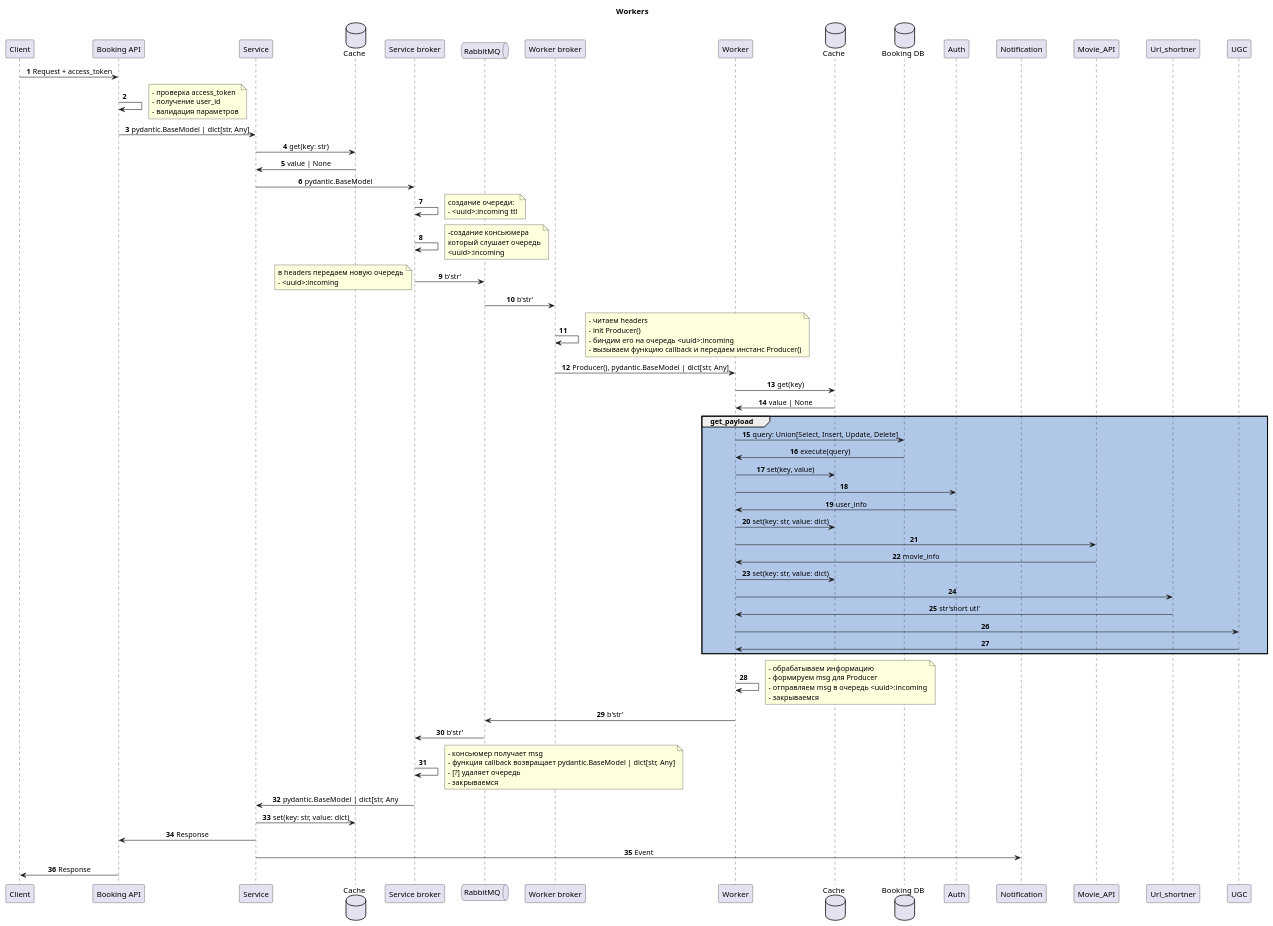
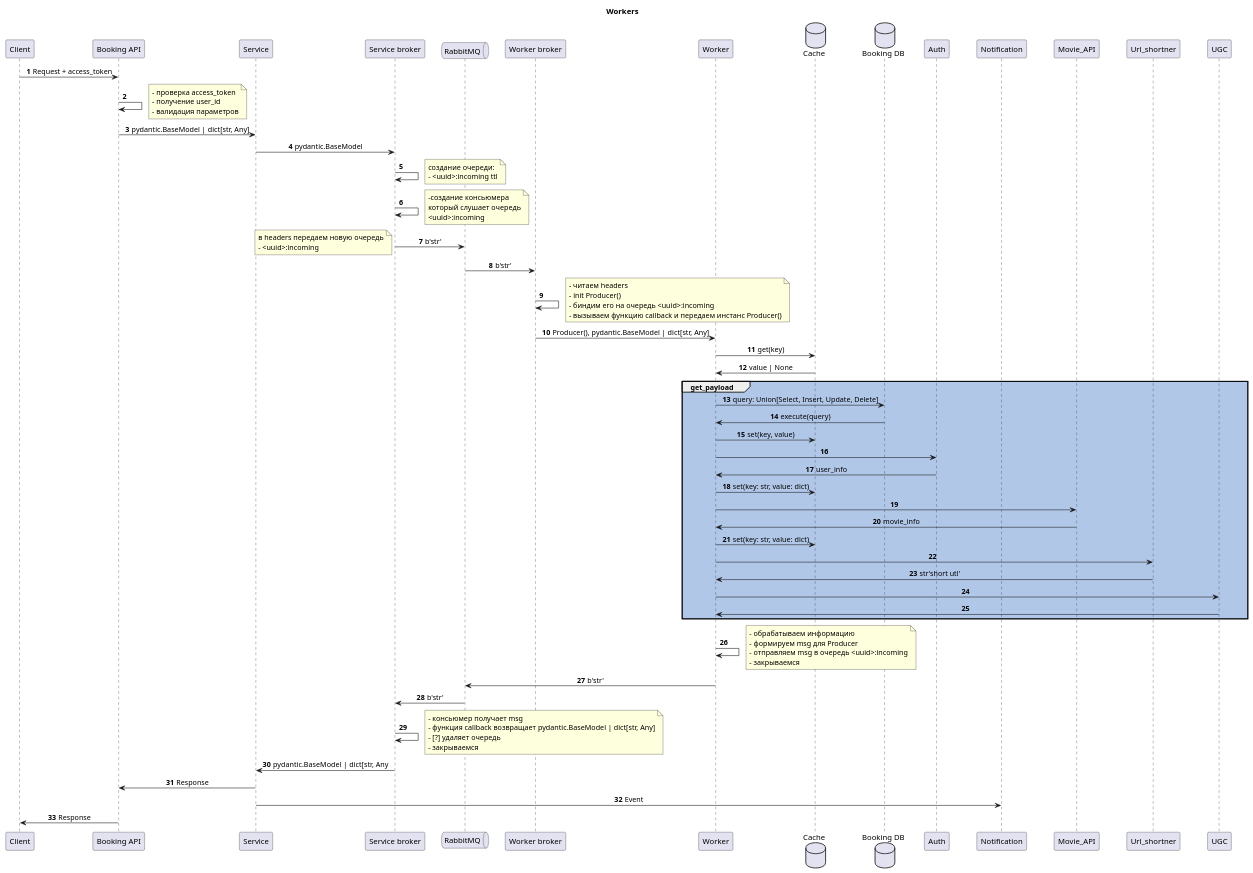
One commit to GA10v/booking_service changed the diagram in docs/scheme/to_be/1_workers_Notific_likes.puml. Above: the diagram before and after it, drawn with PlantUML. The commit also changed 2 other files, not shown here.

```diff
--- a/docs/scheme/to_be/1_workers_Notific_likes.puml
+++ b/docs/scheme/to_be/1_workers_Notific_likes.puml
@@ -1,106 +1,102 @@
 @startuml workers
 ' !theme materia
 autonumber
 skinparam sequence {
 	ParticipantPadding 20
 	MessageAlign center
 }
 
 title Workers
 
 participant Client as Client
 participant "Booking API" as API
 participant "Service" as Service
-database "Cache" as Cache_Service
 participant "Service broker" as Broker_Service
 participant "Service broker" as Broker_Service
 queue RabbitMQ
 participant "Worker broker" as Broker_Worker
 participant "Worker" as Worker
 database "Booking DB" as DB_Booking
 database "Cache" as Cache_Worker
 participant DB_Booking
 participant Auth
 participant Notification
 participant Movie_API
 participant Url_shortner
 participant UGC
 
 Client -> API: Request + access_token
 API -> API:
 note right
     - проверка access_token
     - получение user_id
     - валидация параметров
 end note
 API -> Service: pydantic.BaseModel | dict[str, Any]
-Service -> Cache_Service: get(key: str)
-Service <- Cache_Service: value | None
 Service -> Broker_Service: pydantic.BaseModel
 Broker_Service -> Broker_Service:
 note right
     создание очереди:
     - <uuid>:incoming ttl
 end note
 Broker_Service -> Broker_Service:
 note right
     -создание консьюмера
     который слушает очередь
     <uuid>:incoming
 end note
 Broker_Service -> RabbitMQ: b'str'
 note left
     в headers передаем новую очередь
     - <uuid>:incoming
 end note
 RabbitMQ -> Broker_Worker: b'str'
 Broker_Worker -> Broker_Worker
 note right
     - читаем headers
     - init Producer()
     - биндим его на очередь <uuid>:incoming
     - вызываем функцию callback и передаем инстанс Producer()
 end note
 Broker_Worker -> Worker: Producer(), pydantic.BaseModel | dict[str, Any]
 
 Worker -> Cache_Worker: get(key)
 Worker <- Cache_Worker: value | None
 group #B1C7E8 get_payload
     Worker -> DB_Booking: query: Union[Select, Insert, Update, Delete]
     Worker <- DB_Booking: execute(query)
     Worker -> Cache_Worker: set(key, value)
     Worker -> Auth
     Worker <- Auth: user_info
     Worker -> Cache_Worker: set(key: str, value: dict)
     Worker -> Movie_API
     Worker <- Movie_API: movie_info
     Worker -> Cache_Worker: set(key: str, value: dict)
     Worker -> Url_shortner
     Worker <- Url_shortner: str'short utl'
     Worker -> UGC
     Worker <- UGC
 end group
 Worker -> Worker
 note right
     - обрабатываем информацию
     - формируем msg для Producer
     - отправляем msg в очередь <uuid>:incoming
     - закрываемся
 end note
 
 Worker -> RabbitMQ: b'str'
 Broker_Service <- RabbitMQ: b'str'
 
 Broker_Service -> Broker_Service
 note right
     - консьюмер получает msg
     - функция callback возвращает pydantic.BaseModel | dict[str, Any]
     - [?] удаляет очередь
     - закрываемся
 end note
 Broker_Service -> Service: pydantic.BaseModel | dict[str, Any
-Service -> Cache_Service : set(key: str, value: dict)
 Service -> API: Response
 Service -> Notification: Event
 API -> Client: Response
 @enduml
```
